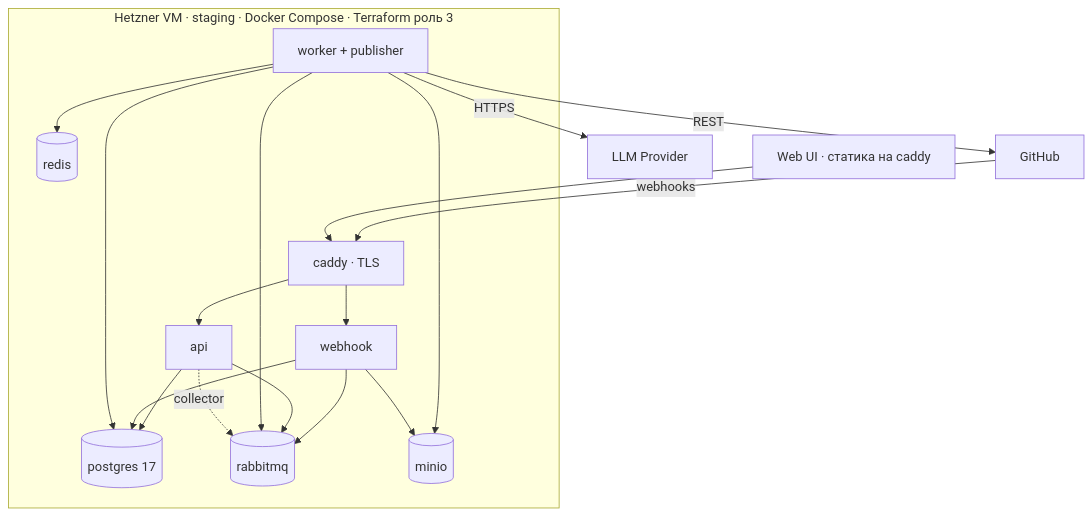
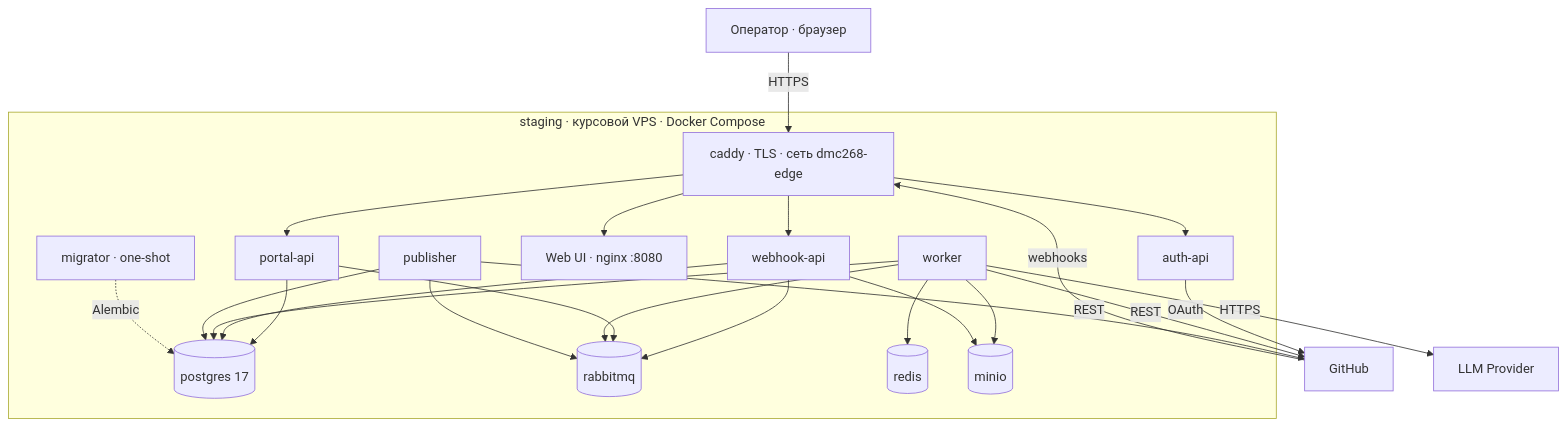
One commit to larchanka-training/dmc-268-api-t6 changed the eighth of 8 diagrams in docs/SYSTEM_DESIGN.md. Above: the diagram before and after it, drawn with Mermaid. The commit also changed other lines of this file and 1 other file, not shown here.

First line of the commit message:
docs(system-design): describe Р-12 as separate services, no collector (#19)

````diff
--- a/docs/SYSTEM_DESIGN.md
+++ b/docs/SYSTEM_DESIGN.md
@@ -654,21 +659,27 @@
 ```mermaid
 flowchart TB
-  subgraph hetzner[Hetzner VM · staging · Docker Compose · Terraform роль 3]
-    caddy[caddy · TLS] --> api[api]
-    caddy --> hook[webhook]
-    api --> pg[(postgres 17)]
+  subgraph vps["staging · курсовой VPS · Docker Compose"]
+    caddy[caddy · TLS · сеть dmc268-edge] --> portal[portal-api]
+    caddy --> auth[auth-api]
+    caddy --> hook[webhook-api]
+    caddy --> ui[Web UI · nginx :8080]
+    portal --> pg[(postgres 17)]
     hook --> pg
     hook --> mq[(rabbitmq)]
-    api --> mq
-    worker[worker + publisher] --> mq
+    portal --> mq
+    worker[worker] --> mq
+    publisher[publisher] --> mq
     worker --> pg
+    publisher --> pg
     worker --> redis[(redis)]
     worker --> minio[(minio)]
     hook --> minio
-    api -.collector.-> mq
+    migrator[migrator · one-shot] -.->|Alembic| pg
   end
   gh[GitHub] -->|webhooks| caddy
+  op[Оператор · браузер] -->|HTTPS| caddy
+  auth -->|OAuth| gh
   worker -->|REST| gh
+  publisher -->|REST| gh
   worker -->|HTTPS| llm[LLM Provider]
-  ui[Web UI · статика на caddy] --> caddy
 ```
````
